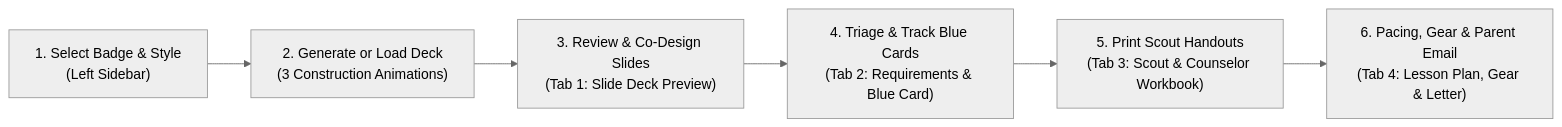
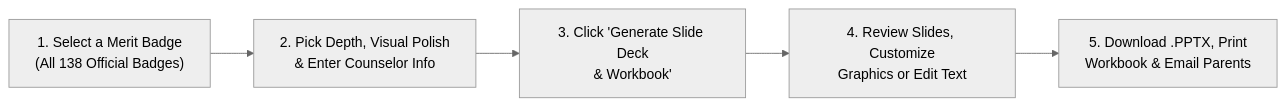
One commit to clayberg/scouts-bsa-merit-badge-agent changed the first of 2 diagrams in docs/USER_GUIDE.md. Above: the diagram before and after it, drawn with Mermaid (neutral theme). The commit also changed other lines of this file and 13 other files, not shown here.

````diff
--- a/docs/USER_GUIDE.md
+++ b/docs/USER_GUIDE.md
@@ -11,8 +33,7 @@
 ```mermaid
 flowchart LR
-    A["1. Select Badge & Style<br/>(Left Sidebar)"] --> B["2. Generate or Load Deck<br/>(3 Construction Animations)"]
-    B --> C["3. Review & Co-Design Slides<br/>(Tab 1: Slide Deck Preview)"]
-    C --> D["4. Triage & Track Blue Cards<br/>(Tab 2: Requirements & Blue Card)"]
-    D --> E["5. Print Scout Handouts<br/>(Tab 3: Scout & Counselor Workbook)"]
-    E --> F["6. Pacing, Gear & Parent Email<br/>(Tab 4: Lesson Plan, Gear & Letter)"]
+    Step1["1. Select a Merit Badge<br/>(All 138 Official Badges)"] --> Step2["2. Pick Depth, Visual Polish<br/>& Enter Counselor Info"]
+    Step2 --> Step3["3. Click 'Generate Slide Deck<br/>& Workbook'"]
+    Step3 --> Step4["4. Review Slides, Customize<br/>Graphics or Edit Text"]
+    Step4 --> Step5["5. Download .PPTX, Print<br/>Workbook & Email Parents"]
 ```
````
